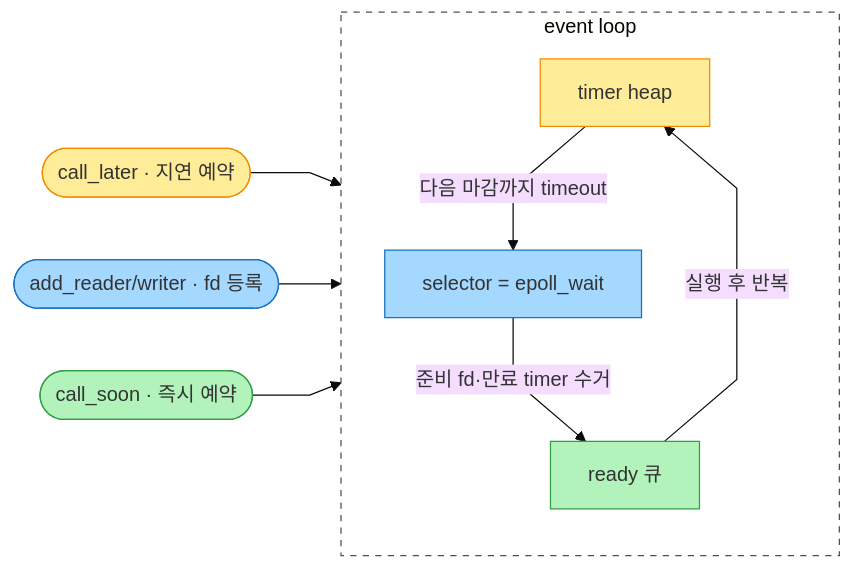
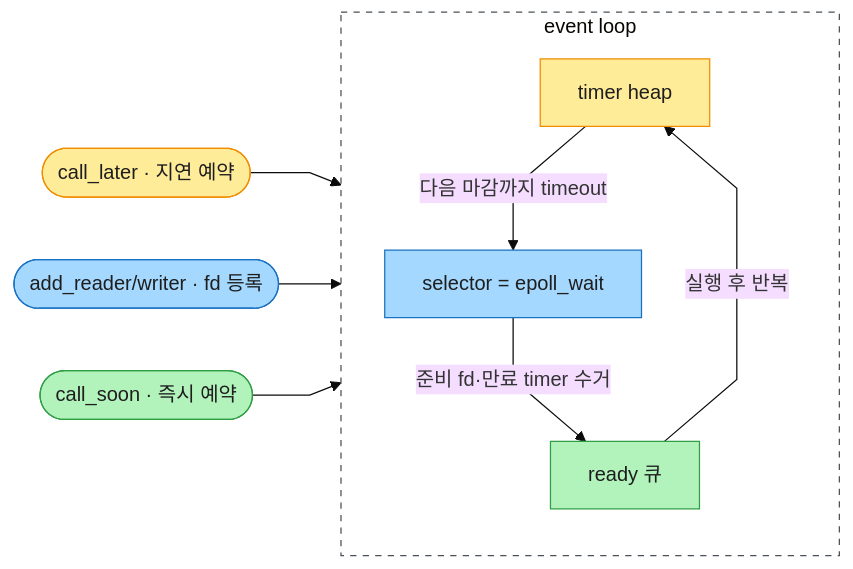
Before and after one commit to DS-argus/argus-quartz: the second of 2 diagrams in content/Dev/CS/Concurrency and Parallelism.md, drawn with Mermaid (base theme). The commit also changed other lines of this file and 1 other file, not shown here.

Commit message:
fix: unify mermaid rendering between Obsidian and Quartz
- Set dark node text color (color:#1e1e1e) on colored flowchart nodes
  so labels stay readable on Quartz dark theme (light text on pastel
  fills was near-invisible, esp. green nodes)
- Center mermaid diagrams site-wide via custom.scss
  (pre > code.mermaid { justify-items: center }) to match Obsidian

````diff
--- a/content/Dev/CS/Concurrency and Parallelism.md
+++ b/content/Dev/CS/Concurrency and Parallelism.md
@@ -429,29 +429,29 @@
 ```mermaid
 %%{init: {'flowchart': {'curve': 'linear'}}}%%
 flowchart LR
     CL(["call_later · 지연 예약"])
     AR(["add_reader/writer · fd 등록"])
     CS(["call_soon · 즉시 예약"])
 
     subgraph EL["event loop"]
         direction TB
         TH["timer heap"]
         SEL["selector = epoll_wait"]
         RQ["ready 큐"]
     end
 
     CL --> TH
     AR --> SEL
     CS --> RQ
     TH -->|다음 마감까지 timeout| SEL
     SEL -->|준비 fd·만료 timer 수거| RQ
     RQ -->|실행 후 반복| TH
 
     style EL fill:none,stroke:#495057,stroke-dasharray: 5 5
-    style CL fill:#ffec99,stroke:#f08c00
-    style TH fill:#ffec99,stroke:#f08c00
-    style AR fill:#a5d8ff,stroke:#1971c2
-    style SEL fill:#a5d8ff,stroke:#1971c2
-    style CS fill:#b2f2bb,stroke:#2f9e44
-    style RQ fill:#b2f2bb,stroke:#2f9e44
+    style CL fill:#ffec99,stroke:#f08c00,color:#1e1e1e
+    style TH fill:#ffec99,stroke:#f08c00,color:#1e1e1e
+    style AR fill:#a5d8ff,stroke:#1971c2,color:#1e1e1e
+    style SEL fill:#a5d8ff,stroke:#1971c2,color:#1e1e1e
+    style CS fill:#b2f2bb,stroke:#2f9e44,color:#1e1e1e
+    style RQ fill:#b2f2bb,stroke:#2f9e44,color:#1e1e1e
 ```
````
